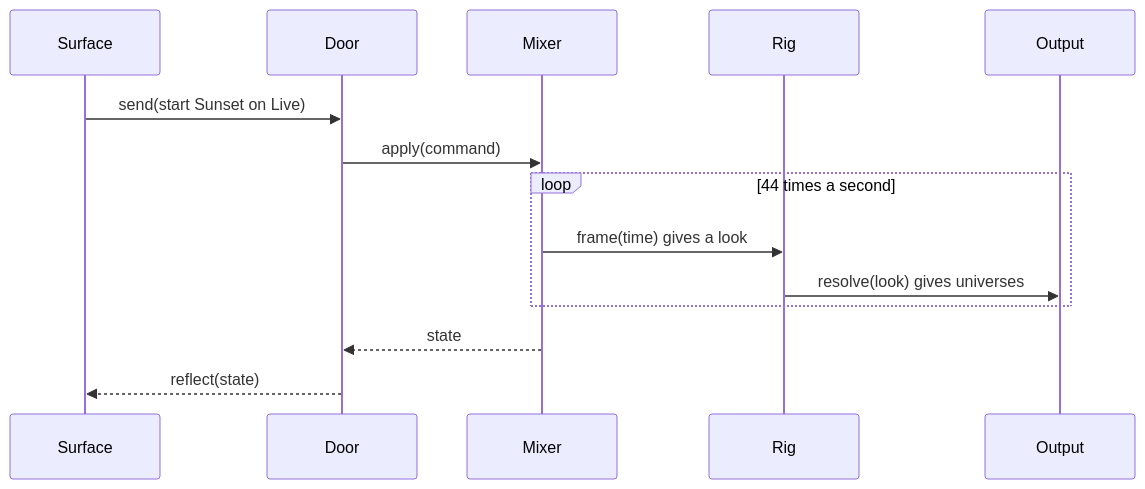
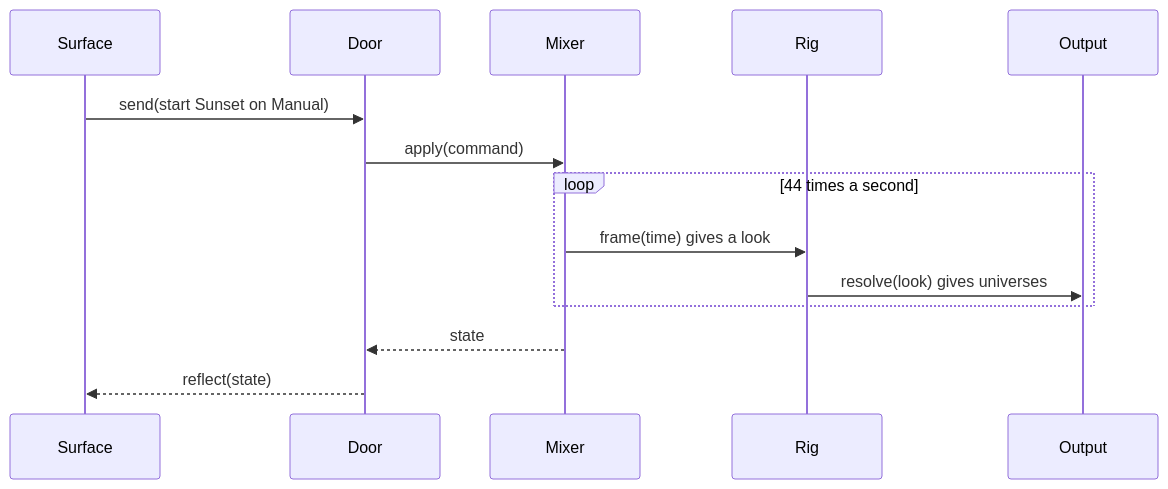
The third of 4 diagrams in docs/design/modules.md (abossard/bossylights), drawn with Mermaid before and after one commit. The commit also changed other lines of this file and 6 other files, not shown here.

Commit message:
docs: one LIVE switch, no preview mode; home screen is Console, top layer is Manual

````diff
--- a/docs/design/modules.md
+++ b/docs/design/modules.md
@@ -99,16 +99,16 @@
 ```mermaid
 sequenceDiagram
   participant S as Surface
   participant D as Door
   participant M as Mixer
   participant R as Rig
   participant O as Output
-  S->>D: send(start Sunset on Live)
+  S->>D: send(start Sunset on Manual)
   D->>M: apply(command)
   loop 44 times a second
     M->>R: frame(time) gives a look
     R->>O: resolve(look) gives universes
   end
   M-->>D: state
   D-->>S: reflect(state)
 ```
````
